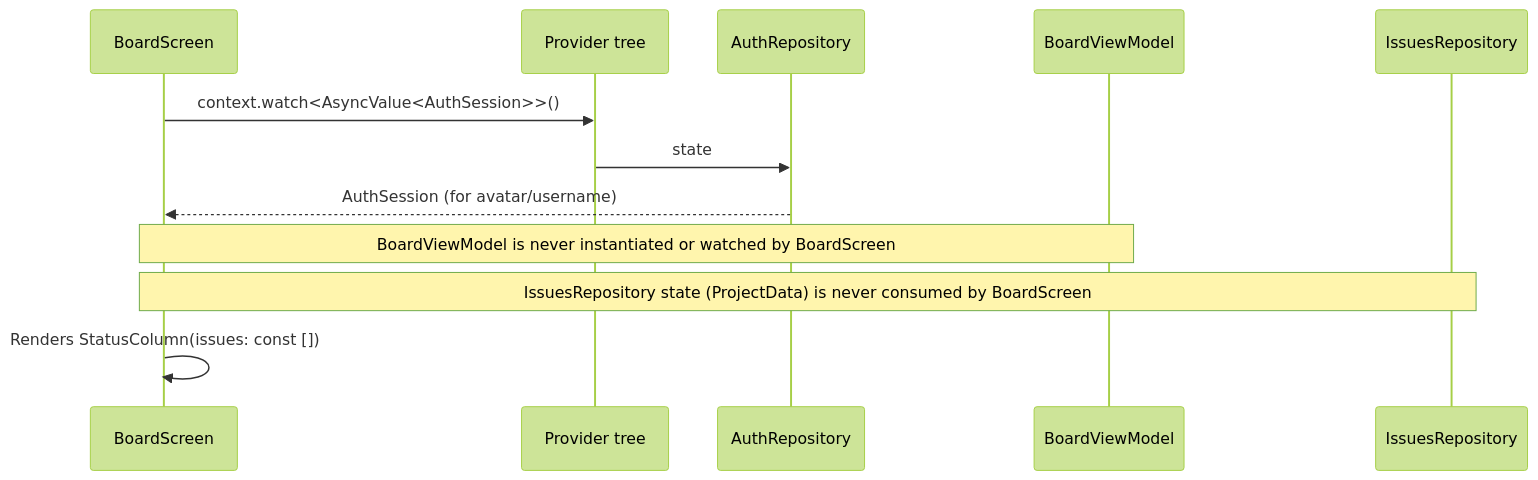
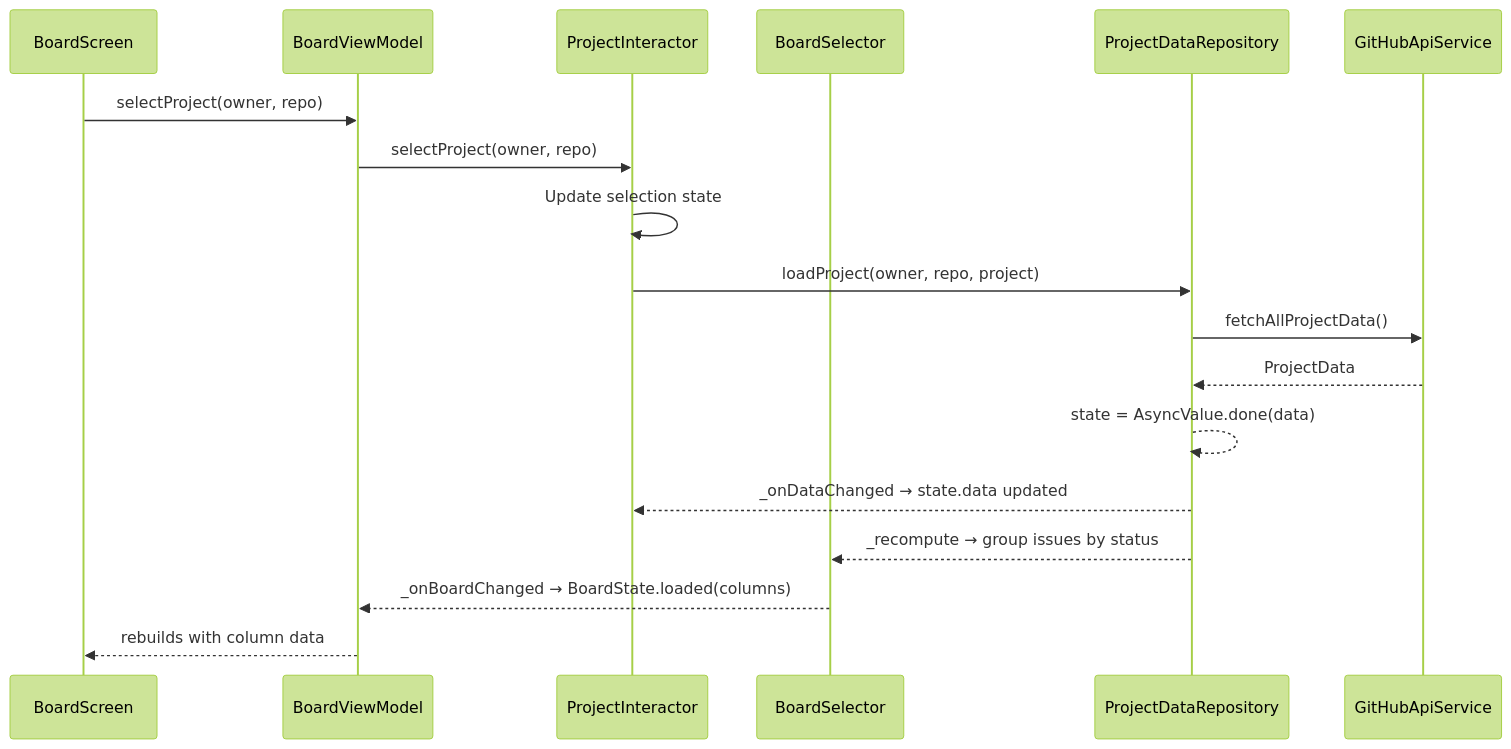
One commit to nicholasspencer/big-top changed the third of 3 diagrams in docs/arch/data-flow.md. Above: the diagram before and after it, drawn with Mermaid (forest theme). The commit also changed other lines of this file and 24 other files, not shown here.

First line of the commit message:
feat: predictable-flutter architecture (Data → Domain → View)

````diff
--- a/docs/arch/data-flow.md
+++ b/docs/arch/data-flow.md
@@ -97,16 +75,21 @@
 ```mermaid
 sequenceDiagram
     participant BS as BoardScreen
-    participant Provider as Provider tree
-    participant AR as AuthRepository
     participant BVM as BoardViewModel
-    participant IR as IssuesRepository
+    participant PI as ProjectInteractor
+    participant BSel as BoardSelector
+    participant PDR as ProjectDataRepository
+    participant API as GitHubApiService
 
-    BS->>Provider: context.watch<AsyncValue<AuthSession>>()
-    Provider->>AR: state
-    AR-->>BS: AuthSession (for avatar/username)
-
-    Note over BS,BVM: BoardViewModel is never instantiated or watched by BoardScreen
-    Note over BS,IR: IssuesRepository state (ProjectData) is never consumed by BoardScreen
-    BS->>BS: Renders StatusColumn(issues: const [])
+    BS->>BVM: selectProject(owner, repo)
+    BVM->>PI: selectProject(owner, repo)
+    PI->>PI: Update selection state
+    PI->>PDR: loadProject(owner, repo, project)
+    PDR->>API: fetchAllProjectData()
+    API-->>PDR: ProjectData
+    PDR-->>PDR: state = AsyncValue.done(data)
+    PDR-->>PI: _onDataChanged → state.data updated
+    PDR-->>BSel: _recompute → group issues by status
+    BSel-->>BVM: _onBoardChanged → BoardState.loaded(columns)
+    BVM-->>BS: rebuilds with column data
 ```
````
